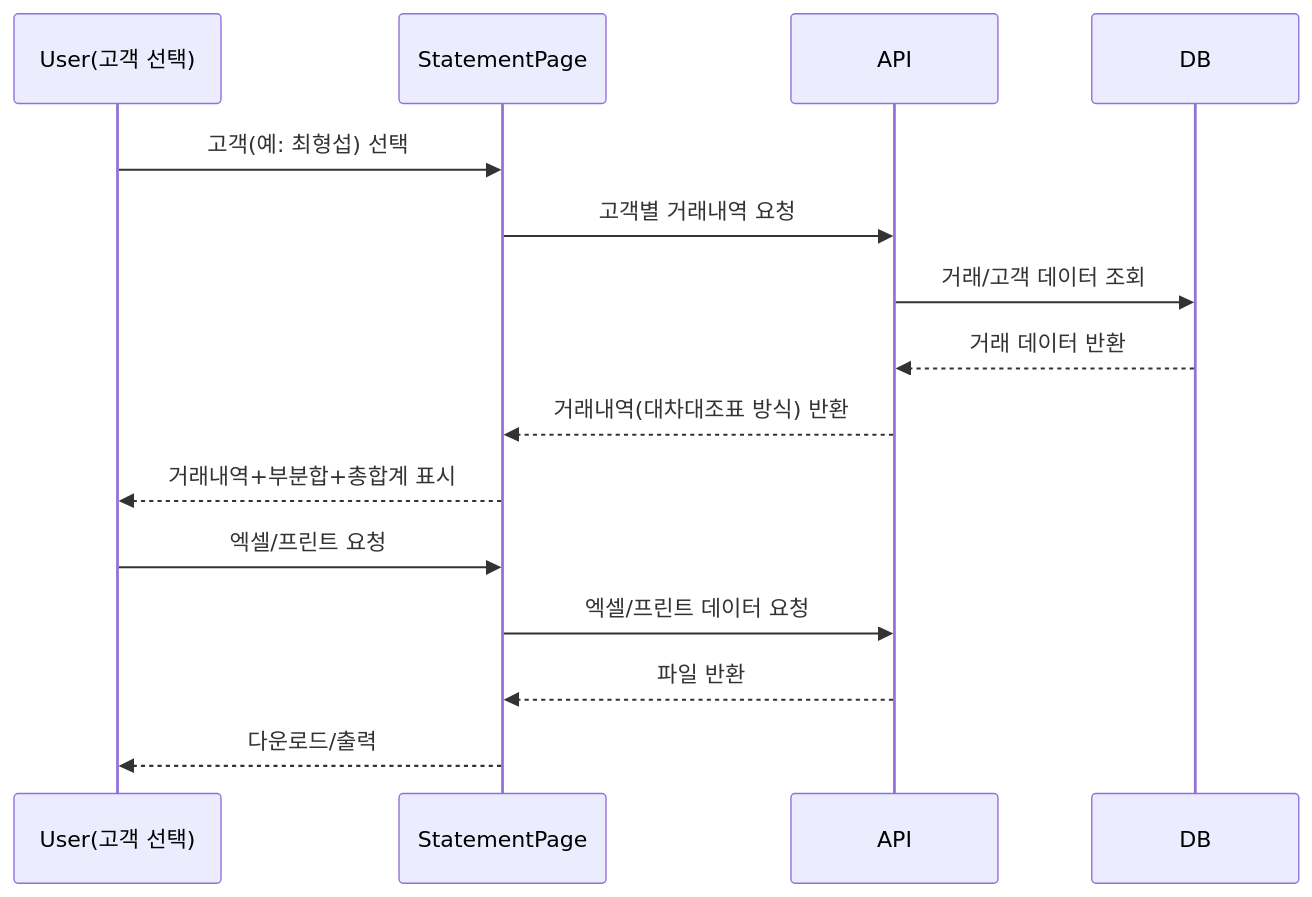
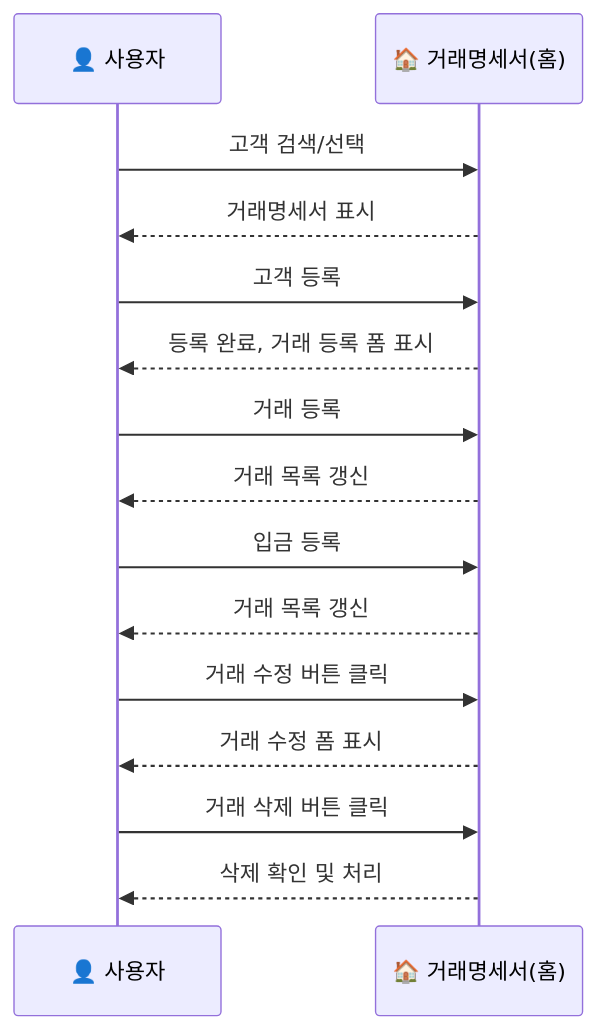
Before and after one commit to bambooty57/money: the second of 2 diagrams in docs/STATEMENT_PRD.md, drawn with Mermaid. The commit also changed other lines of this file and 13 other files, not shown here.

````diff
--- a/docs/STATEMENT_PRD.md
+++ b/docs/STATEMENT_PRD.md
@@ -46,17 +65,17 @@
 ```mermaid
 sequenceDiagram
-    participant U as User(고객 선택)
-    participant F as StatementPage
-    participant B as API
-    participant D as DB
-    U->>F: 고객(예: 최형섭) 선택
-    F->>B: 고객별 거래내역 요청
-    B->>D: 거래/고객 데이터 조회
-    D-->>B: 거래 데이터 반환
-    B-->>F: 거래내역(대차대조표 방식) 반환
-    F-->>U: 거래내역+부분합+총합계 표시
-    U->>F: 엑셀/프린트 요청
-    F->>B: 엑셀/프린트 데이터 요청
-    B-->>F: 파일 반환
-    F-->>U: 다운로드/출력
+    participant U as 👤 사용자
+    participant H as 🏠 거래명세서(홈)
+    U->>H: 고객 검색/선택
+    H-->>U: 거래명세서 표시
+    U->>H: 고객 등록
+    H-->>U: 등록 완료, 거래 등록 폼 표시
+    U->>H: 거래 등록
+    H-->>U: 거래 목록 갱신
+    U->>H: 입금 등록
+    H-->>U: 거래 목록 갱신
+    U->>H: 거래 수정 버튼 클릭
+    H-->>U: 거래 수정 폼 표시
+    U->>H: 거래 삭제 버튼 클릭
+    H-->>U: 삭제 확인 및 처리
 ```
````
